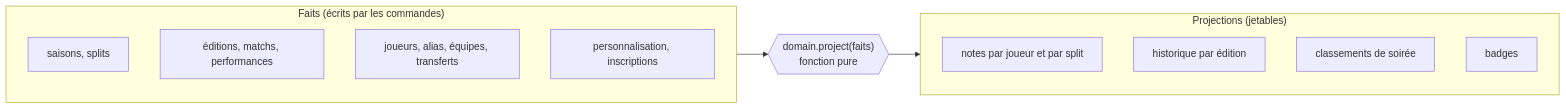
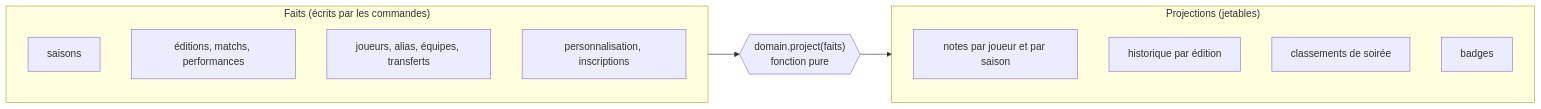
Before and after one commit to Charkx/Arrakard: the first of 2 diagrams in docs/architecture/overview.md, drawn with Mermaid. The commit also changed other lines of this file and 5 other files, not shown here.

First line of the commit message:
docs: l'architecture décrit la saison seule

````diff
--- a/docs/architecture/overview.md
+++ b/docs/architecture/overview.md
@@ -17,17 +17,17 @@
 ```mermaid
 flowchart LR
   subgraph Faits["Faits (écrits par les commandes)"]
-    F1[saisons, splits]
+    F1[saisons]
     F2[éditions, matchs, performances]
     F3[joueurs, alias, équipes, transferts]
     F4[personnalisation, inscriptions]
   end
   P{{"domain.project(faits)<br/>fonction pure"}}
   subgraph Projections["Projections (jetables)"]
-    P1[notes par joueur et par split]
+    P1[notes par joueur et par saison]
     P2[historique par édition]
     P3[classements de soirée]
     P4[badges]
   end
   Faits --> P --> Projections
 ```
````
